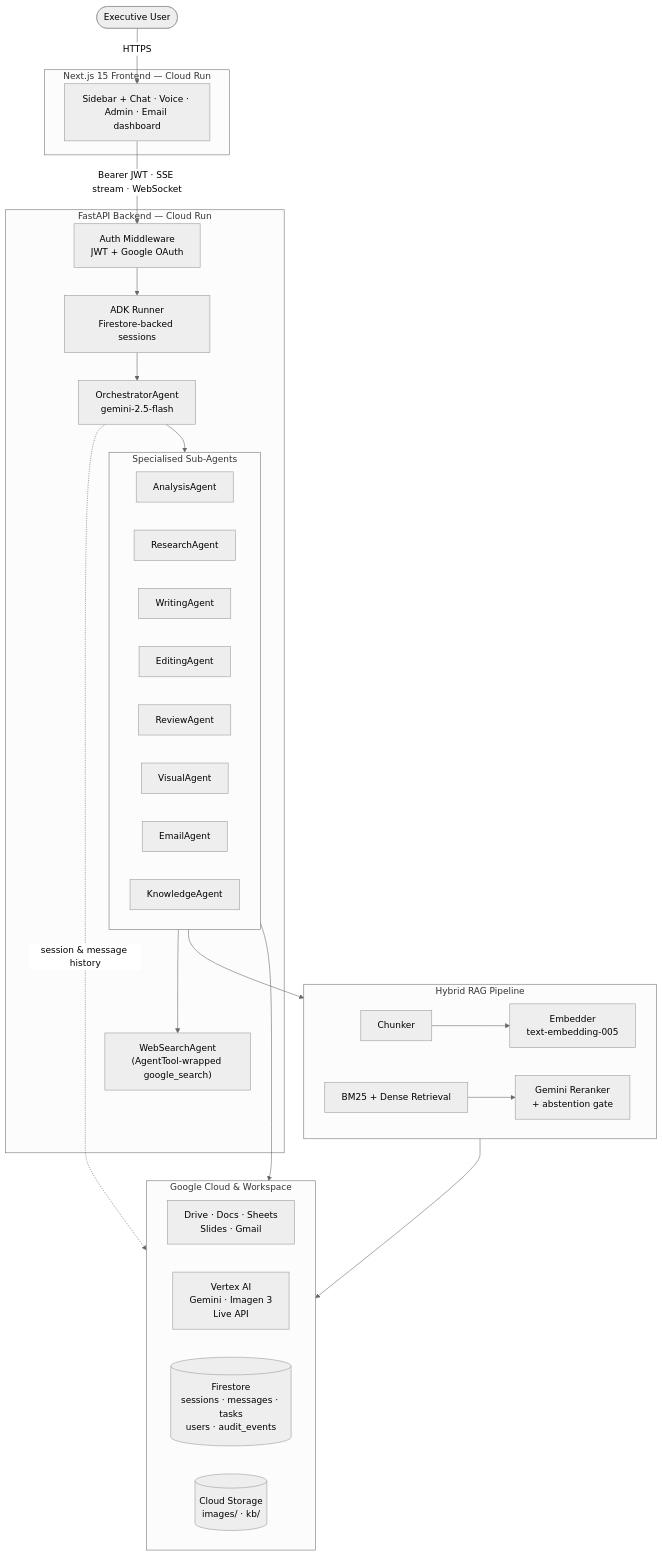
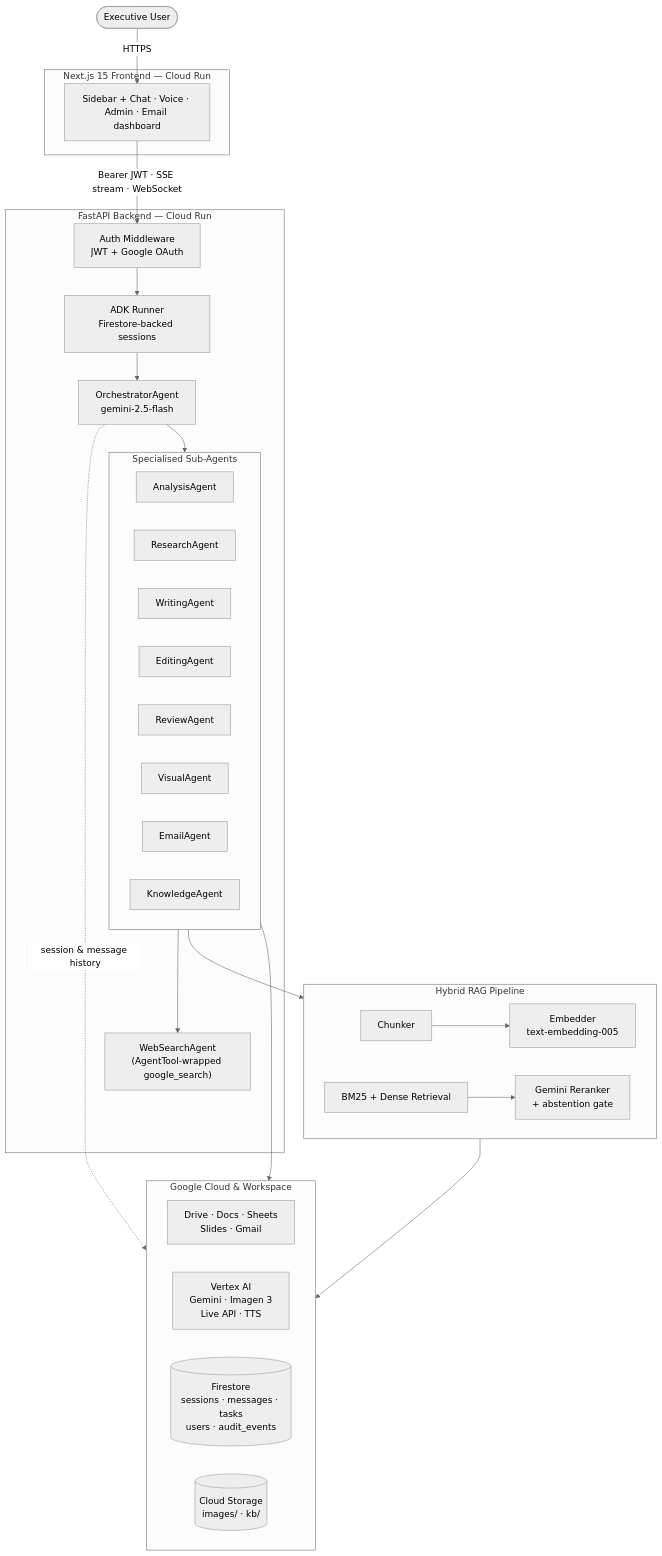
Before and after one commit to sandboxkeralty/keralty-agent: the first of 2 diagrams in README.md, drawn with Mermaid (neutral theme). The commit also changed other lines of this file and 2 other files, not shown here.

First line of the commit message:
docs: document agent routing, on-demand TTS, and email dashboard changes

````diff
--- a/README.md
+++ b/README.md
@@ -40,54 +45,54 @@
 ```mermaid
 flowchart TB
     User(["Executive User"])
 
     subgraph Frontend["Next.js 15 Frontend — Cloud Run"]
         FE["Sidebar + Chat · Voice · Admin · Email dashboard"]
     end
 
     subgraph Backend["FastAPI Backend — Cloud Run"]
         Auth["Auth Middleware<br/>JWT + Google OAuth"]
         Runner["ADK Runner<br/>Firestore-backed sessions"]
         Orch["OrchestratorAgent<br/>gemini-2.5-flash"]
 
         subgraph SubAgents["Specialised Sub-Agents"]
             direction LR
             Analysis["AnalysisAgent"]
             Research["ResearchAgent"]
             Writing["WritingAgent"]
             Editing["EditingAgent"]
             Review["ReviewAgent"]
             Visual["VisualAgent"]
             Email["EmailAgent"]
             Knowledge["KnowledgeAgent"]
         end
 
         WebSearch["WebSearchAgent<br/>(AgentTool-wrapped google_search)"]
     end
 
     subgraph RAG["Hybrid RAG Pipeline"]
         direction LR
         Chunk["Chunker"] --> Embed["Embedder<br/>text-embedding-005"]
         Retrieve["BM25 + Dense Retrieval"] --> Rerank["Gemini Reranker<br/>+ abstention gate"]
     end
 
     subgraph Google["Google Cloud & Workspace"]
         direction LR
         Workspace["Drive · Docs · Sheets<br/>Slides · Gmail"]
-        VertexAI["Vertex AI<br/>Gemini · Imagen 3<br/>Live API"]
+        VertexAI["Vertex AI<br/>Gemini · Imagen 3<br/>Live API · TTS"]
         Firestore[("Firestore<br/>sessions · messages · tasks<br/>users · audit_events")]
         GCS[("Cloud Storage<br/>images/ · kb/")]
     end
 
     User -->|HTTPS| FE
     FE -->|"Bearer JWT · SSE stream · WebSocket"| Auth
     Auth --> Runner --> Orch
     Orch --> SubAgents
     Research --> WebSearch
 
     SubAgents --> Google
     SubAgents --> RAG
     RAG --> Google
 
     Orch -.->|session & message history| Firestore
 ```
````
